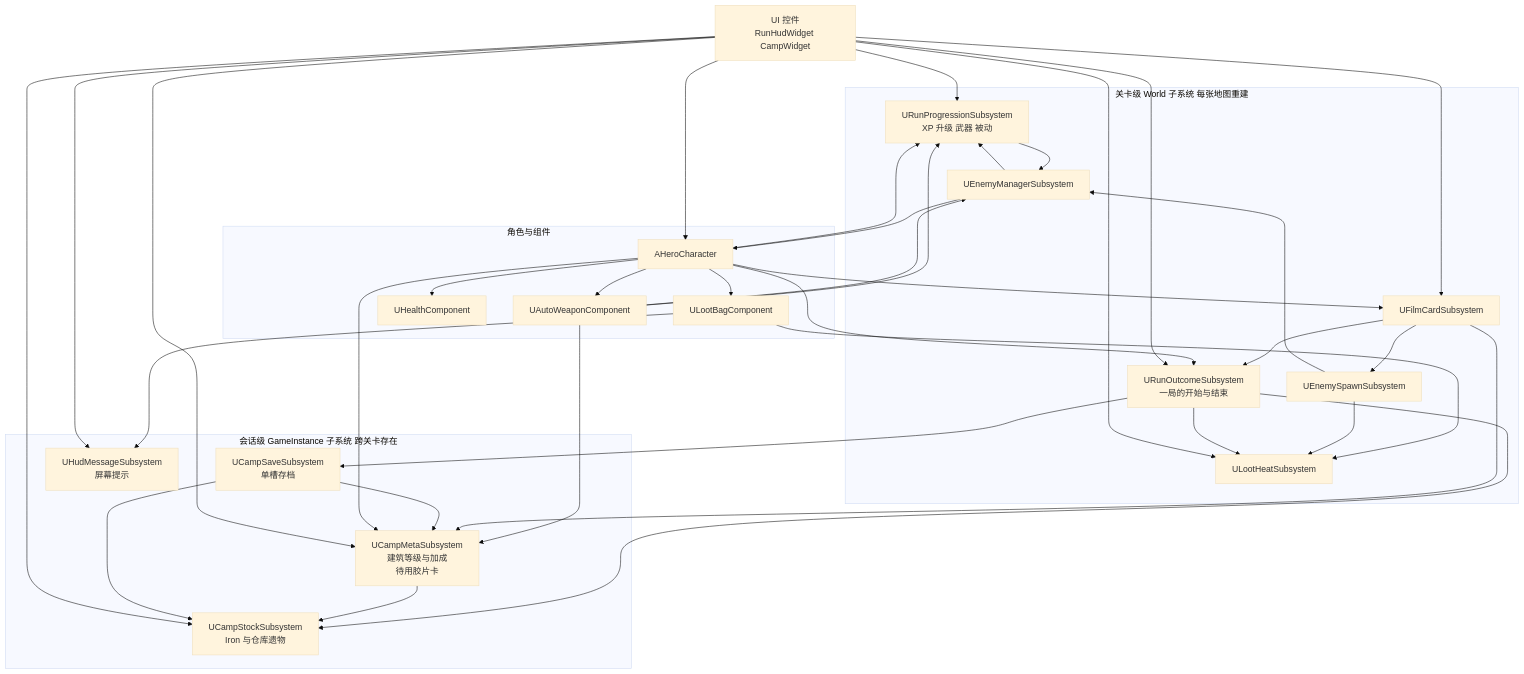
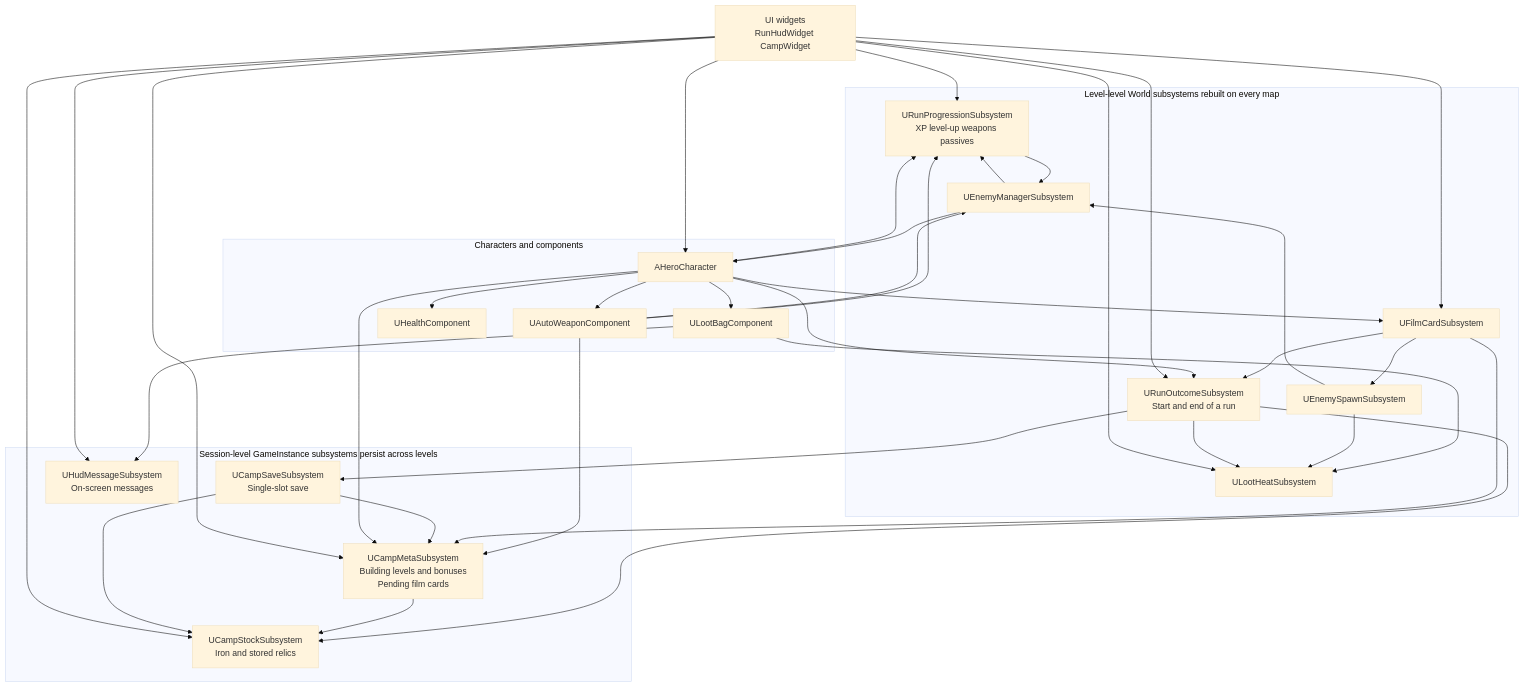
Before and after one commit to Huangyu-Shen/2026-epic-gamejam: the first of 3 diagrams in docs/wiki/architecture.md, drawn with Mermaid (base theme). The commit also changed other lines of this file and 33 other files, not shown here.

````diff
--- a/docs/wiki/architecture.md
+++ b/docs/wiki/architecture.md
@@ -31,38 +31,38 @@
 ```mermaid
 graph TD
-  subgraph 会话级 GameInstance 子系统 跨关卡存在
-    Stock[UCampStockSubsystem<br/>Iron 与仓库遗物]
-    Meta[UCampMetaSubsystem<br/>建筑等级与加成<br/>待用胶片卡]
-    Save[UCampSaveSubsystem<br/>单槽存档]
-    Msg[UHudMessageSubsystem<br/>屏幕提示]
+  subgraph Session-level GameInstance subsystems persist across levels
+    Stock[UCampStockSubsystem<br/>Iron and stored relics]
+    Meta[UCampMetaSubsystem<br/>Building levels and bonuses<br/>Pending film cards]
+    Save[UCampSaveSubsystem<br/>Single-slot save]
+    Msg[UHudMessageSubsystem<br/>On-screen messages]
   end
-  subgraph 关卡级 World 子系统 每张地图重建
-    Run[URunOutcomeSubsystem<br/>一局的开始与结束]
+  subgraph Level-level World subsystems rebuilt on every map
+    Run[URunOutcomeSubsystem<br/>Start and end of a run]
     Heat[ULootHeatSubsystem]
-    Prog[URunProgressionSubsystem<br/>XP 升级 武器 被动]
+    Prog[URunProgressionSubsystem<br/>XP level-up weapons passives]
     Spawn[UEnemySpawnSubsystem]
     Mgr[UEnemyManagerSubsystem]
     Cards[UFilmCardSubsystem]
   end
-  subgraph 角色与组件
+  subgraph Characters and components
     Hero[AHeroCharacter]
     Bag[ULootBagComponent]
     HP[UHealthComponent]
     Weapon[UAutoWeaponComponent]
   end
-  UI[UI 控件<br/>RunHudWidget CampWidget]
+  UI[UI widgets<br/>RunHudWidget CampWidget]
   Hero --> Bag & HP & Weapon
   Bag --> Heat
   Bag --> Msg
   Weapon --> Prog & Mgr & Meta
   Mgr --> Hero
   Mgr --> Prog
   Spawn --> Heat & Mgr
   Prog --> Mgr
   Run --> Stock & Save & Heat
   Cards --> Spawn & Run & Meta
   Meta --> Stock
   Save --> Stock & Meta
   Hero --> Run & Cards & Meta & Prog
   UI --> Hero & Run & Prog & Heat & Cards & Meta & Stock & Msg
 ```
````
